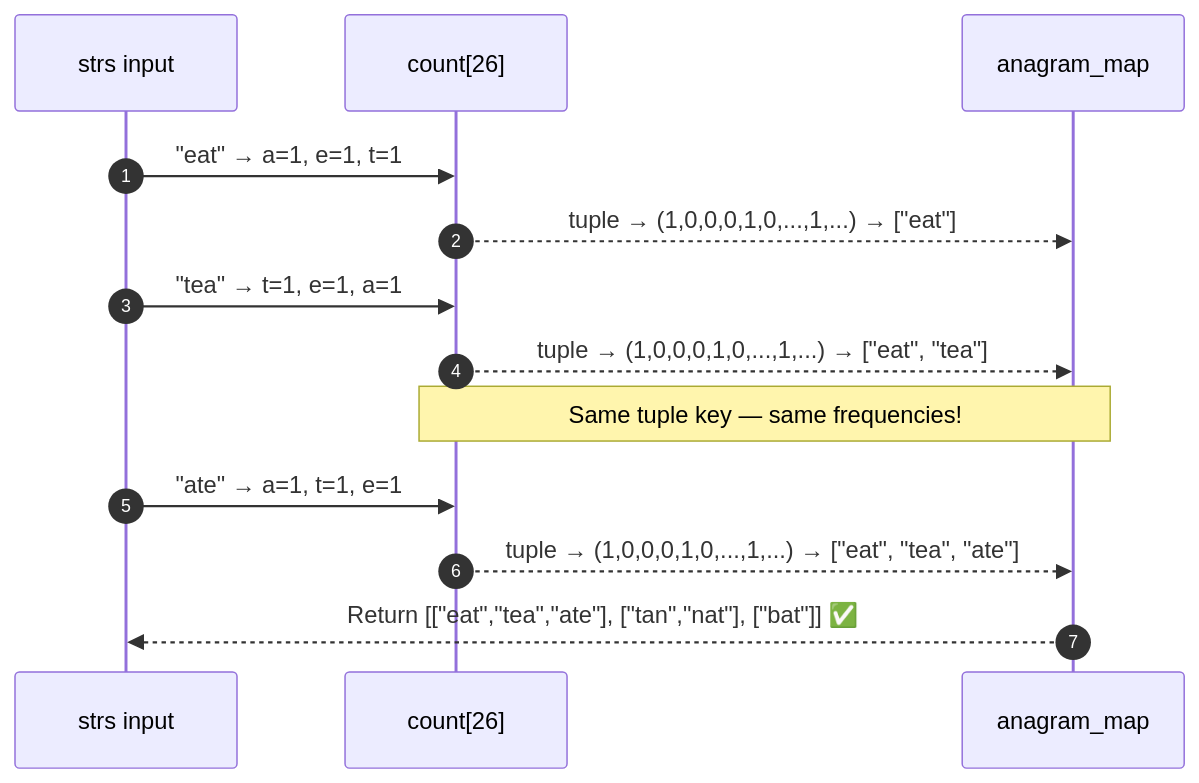
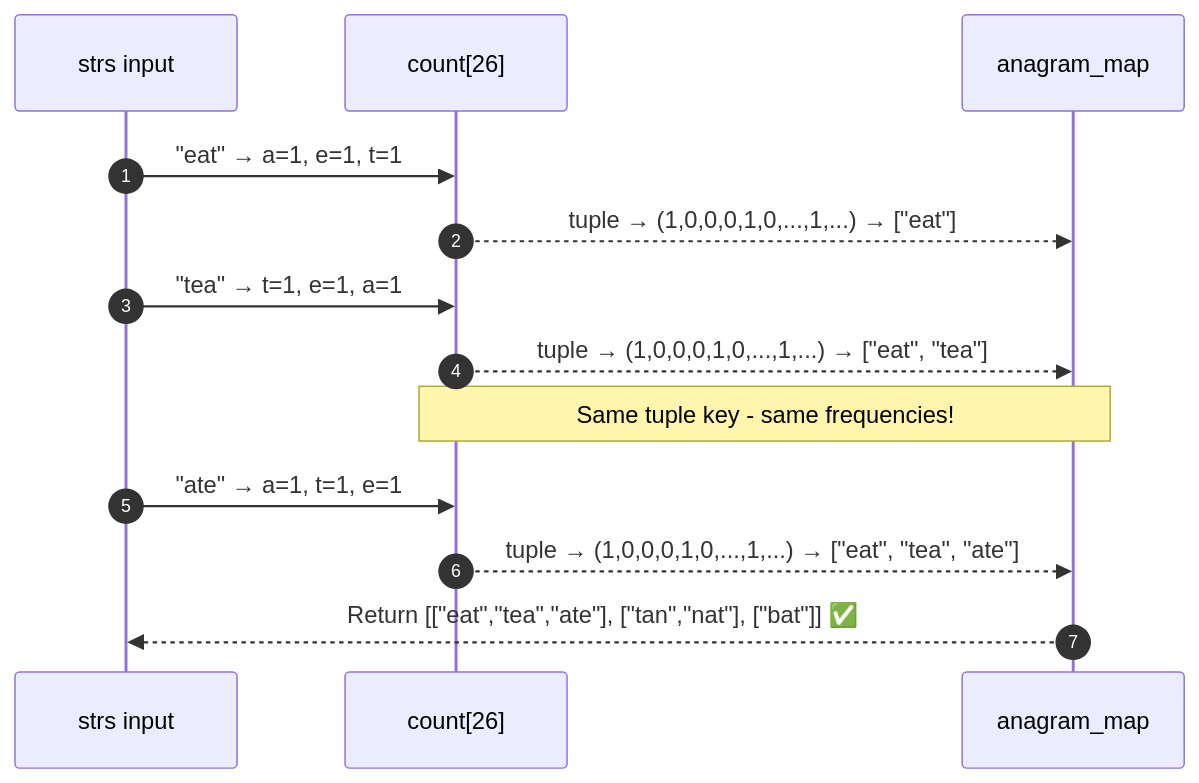
The tenth of 12 diagrams in 04 - Group Anagrams/README.md (M-F-Tushar/LeetCode-Problem-Solving), drawn with Mermaid before and after one commit. The commit also changed other lines of this file and 6 other files, not shown here.

Commit message:
fix diagram rendering

````diff
--- a/04 - Group Anagrams/README.md
+++ b/04 - Group Anagrams/README.md
@@ -315,20 +315,20 @@
 ```mermaid
 sequenceDiagram
     autonumber
     participant S as strs input
     participant C as count[26]
     participant MAP as anagram_map
 
     S->>C: "eat" → a=1, e=1, t=1
     C-->>MAP: tuple → (1,0,0,0,1,0,...,1,...) → ["eat"]
 
     S->>C: "tea" → t=1, e=1, a=1
     C-->>MAP: tuple → (1,0,0,0,1,0,...,1,...) → ["eat", "tea"]
 
-    Note over C,MAP: Same tuple key — same frequencies!
+    Note over C,MAP: Same tuple key  -  same frequencies!
 
     S->>C: "ate" → a=1, t=1, e=1
     C-->>MAP: tuple → (1,0,0,0,1,0,...,1,...) → ["eat", "tea", "ate"]
 
     MAP-->>S: Return [["eat","tea","ate"], ["tan","nat"], ["bat"]] ✅
 ```
````
